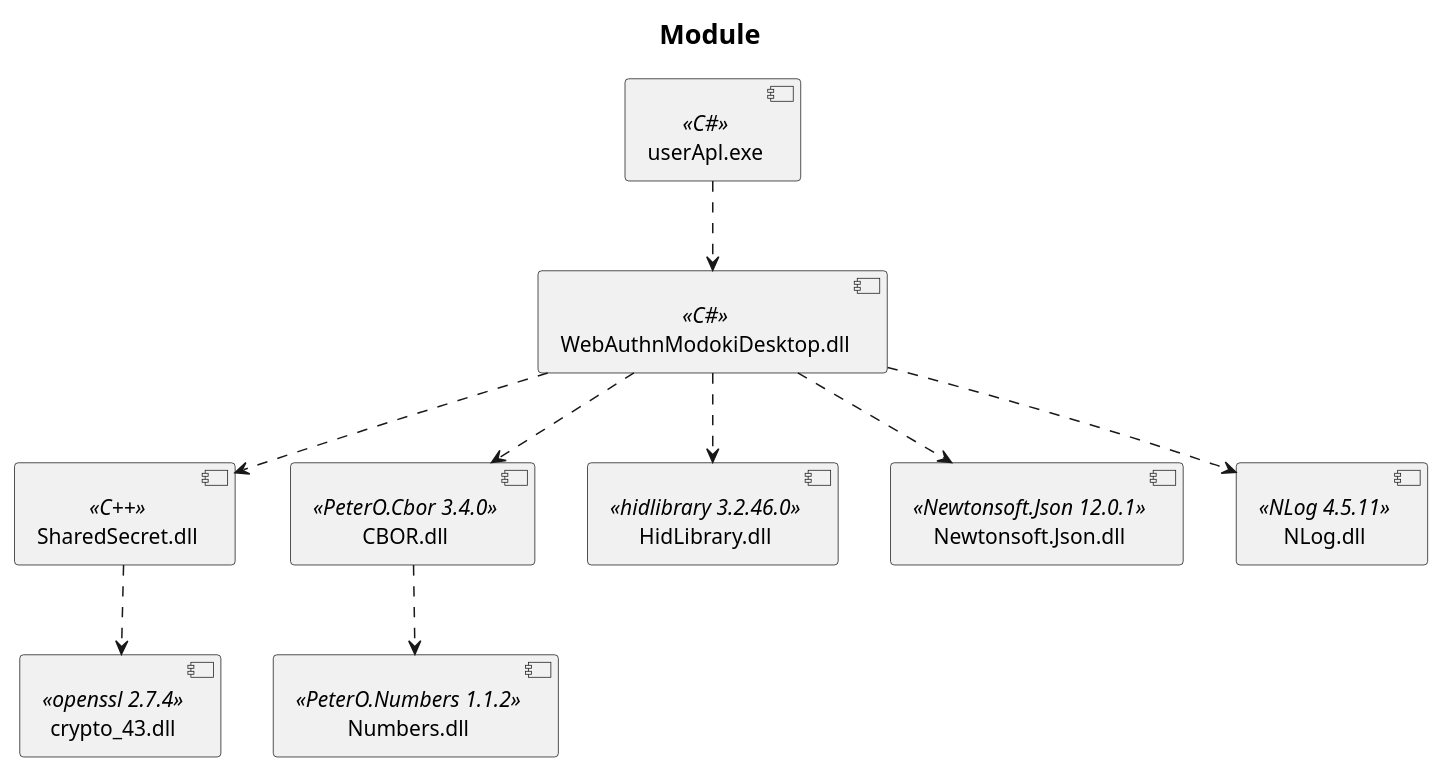
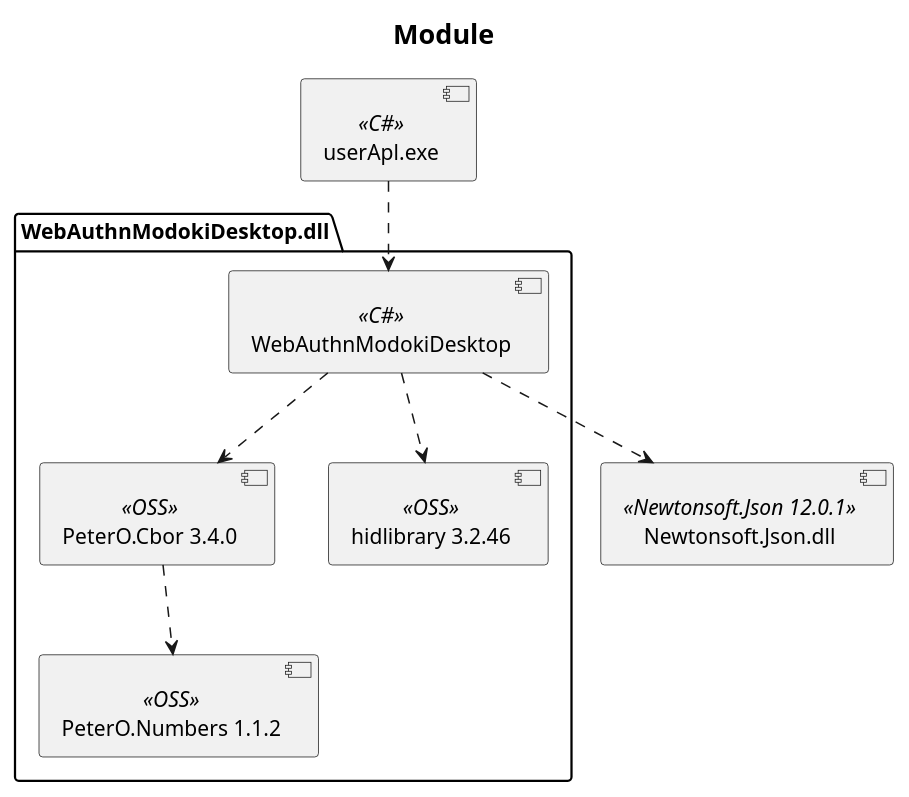
The diagram in pu/component.pu (gebogebogebo/WebAuthnModokiDesktop), drawn with PlantUML before and after one commit. The commit also changed 9 other files, not shown here.

```diff
--- a/pu/component.pu
+++ b/pu/component.pu
@@ -1,23 +1,21 @@
 @startuml
 title <size:18>Module</size>
 
 component userApl.exe as userApl <<C#>>
-component WebAuthnModokiDesktop.dll as WebAuthnModokiDesktop <<C#>>
-component SharedSecret.dll as SharedSecret <<C++>>
-component crypto_43.dll as crypto <<openssl 2.7.4>>
-component CBOR.dll as CBOR <<PeterO.Cbor 3.4.0>>
-component Numbers.dll as Numbers <<PeterO.Numbers 1.1.2>>
-component HidLibrary.dll as HidLibrary <<hidlibrary 3.2.46.0>>
+
+package "WebAuthnModokiDesktop.dll" {
+    component "WebAuthnModokiDesktop" as WebAuthnModokiDesktop <<C#>>
+    component "PeterO.Cbor 3.4.0" as CBOR <<OSS>>
+    component "PeterO.Numbers 1.1.2" as Numbers <<OSS>>
+    component "hidlibrary 3.2.46" as HidLibrary <<OSS>>
+}   
+
 component Newtonsoft.Json.dll as Newtonsoft.Json <<Newtonsoft.Json 12.0.1>>
-component NLog.dll as NLog <<NLog 4.5.11>>
 
 userApl ..> WebAuthnModokiDesktop
-WebAuthnModokiDesktop ..> SharedSecret
 WebAuthnModokiDesktop ..> HidLibrary
 WebAuthnModokiDesktop ..> CBOR
 CBOR ..> Numbers
 WebAuthnModokiDesktop ..> Newtonsoft.Json
-SharedSecret ..> crypto
-WebAuthnModokiDesktop ..> NLog
 
 @enduml
```
